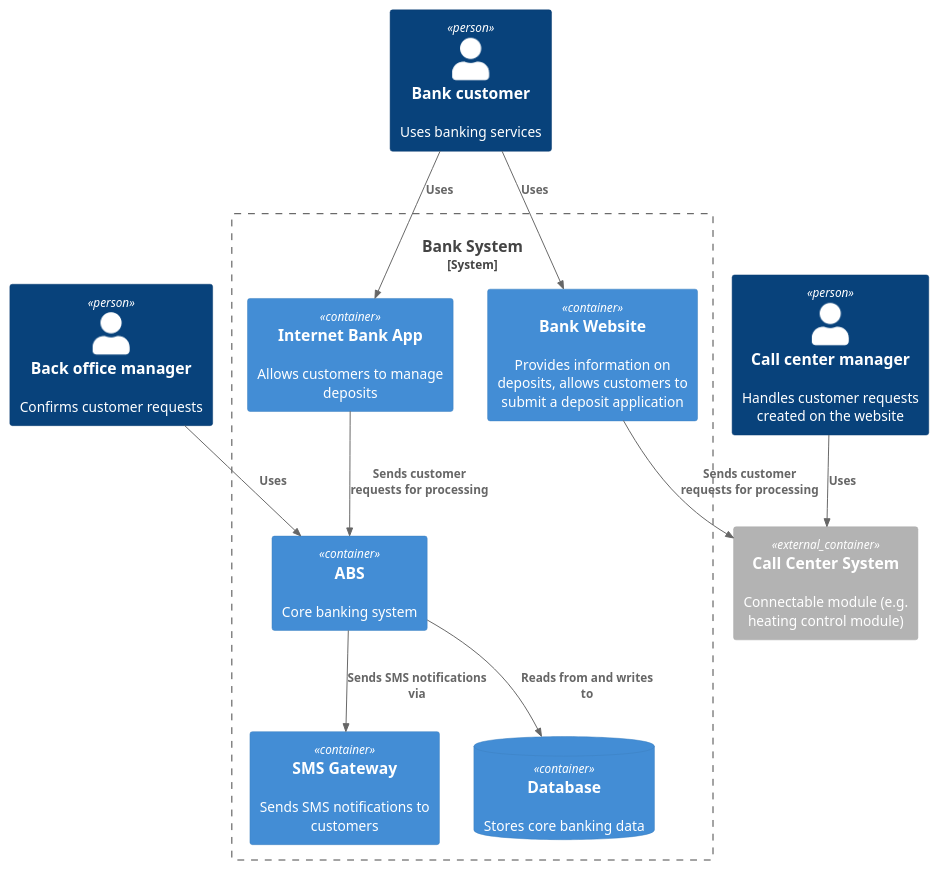
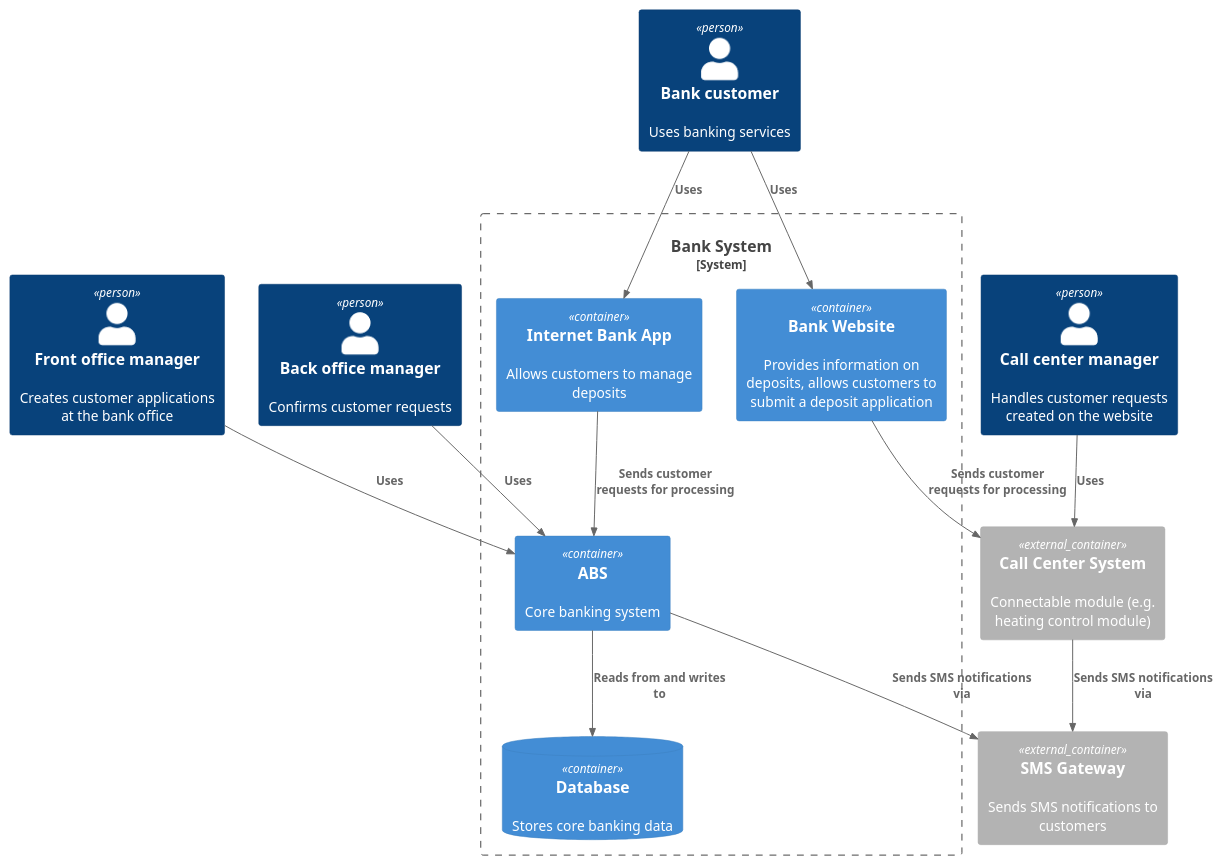
The diagram in Task3/C4_Container.puml (Madm1key/architecture-standart), drawn with PlantUML before and after one commit. The commit also changed 4 other files, not shown here.

Commit message:
feat: enhance C4 model with front office manager role and SMS gateway integration

```diff
--- a/Task3/C4_Container.puml
+++ b/Task3/C4_Container.puml
@@ -1,28 +1,31 @@
 @startuml
 !include https://raw.githubusercontent.com/plantuml-stdlib/C4-PlantUML/master/C4_Container.puml
 
 Person(customer, "Bank customer", "Uses banking services")
 Person(ccm, "Call center manager", "Handles customer requests created on the website")
 Person(bom, "Back office manager", "Confirms customer requests")
+Person(fom, "Front office manager", "Creates customer applications at the bank office")
 
 System_Boundary(s, "Bank System") {
   Container(website, "Bank Website", $descr="Provides information on deposits, allows customers to submit a deposit application")
   Container(internetBank, "Internet Bank App", $descr="Allows customers to manage deposits")
   Container(abs, "ABS", $descr="Core banking system")
-  Container(smsGateway, "SMS Gateway", $descr="Sends SMS notifications to customers")
 
   ContainerDb(absDb, "Database", $descr="Stores core banking data")
 }
 
+Container_Ext(smsGateway, "SMS Gateway", $descr="Sends SMS notifications to customers")
 Container_Ext(ccSystem, "Call Center System", $descr="Connectable module (e.g. heating control module)")
 
 Rel(customer, website, "Uses")
 Rel(customer, internetBank, "Uses")
 Rel(bom, abs, "Uses")
+Rel(fom, abs, "Uses")
 Rel(abs, absDb, "Reads from and writes to")
 Rel(abs, smsGateway, "Sends SMS notifications via")
+Rel(ccSystem, smsGateway, "Sends SMS notifications via")
 Rel(ccm, ccSystem, "Uses")
 Rel(website, ccSystem, "Sends customer requests for processing")
 Rel(internetBank, abs, "Sends customer requests for processing")
 
 @enduml
```
